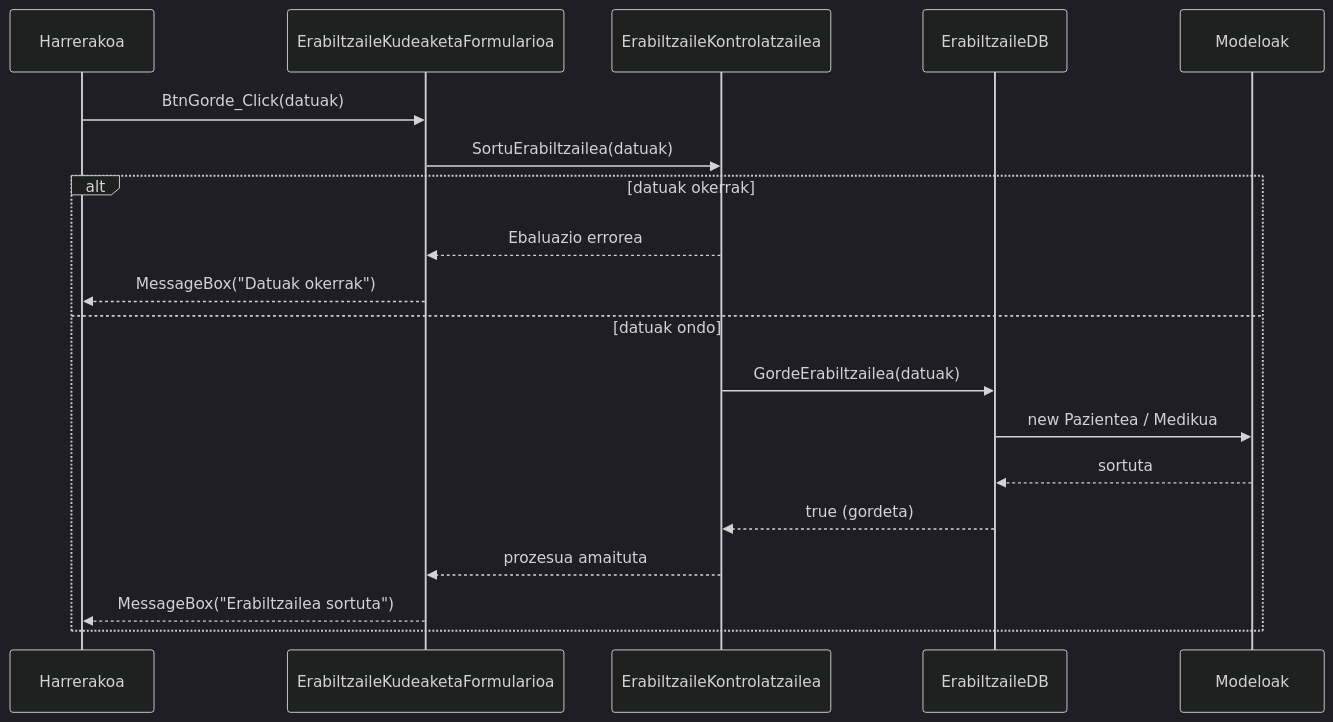
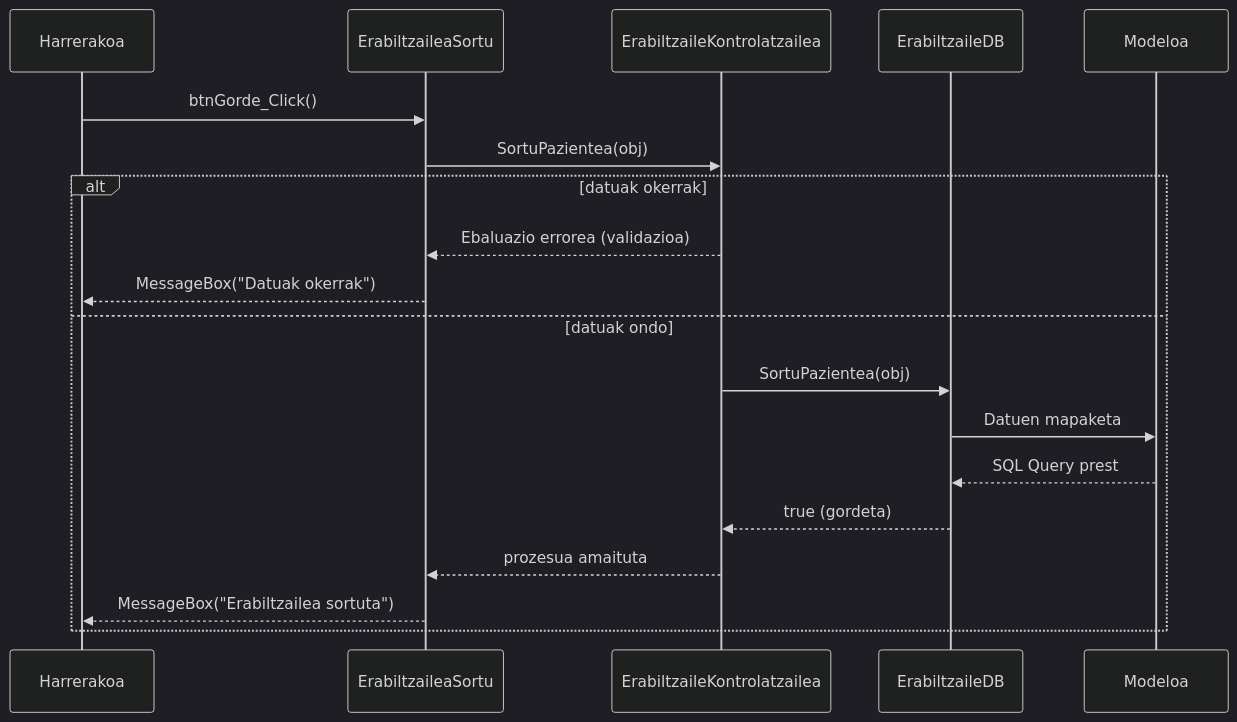
The diagram in sekuentzia_diagramak/2_erabiltzailea_sortu.md (AnderUrienGoierri/GOsasun_app), drawn with Mermaid (dark theme) before and after one commit. The commit also changed other lines of this file and 21 other files, not shown here.

Commit message:
Interfaze berriak (ErabiltzaileaSortu) eta Sekuentzia Diagramak eguneratu diren 3 geruzako arkitekturara

````diff
--- a/sekuentzia_diagramak/2_erabiltzailea_sortu.md
+++ b/sekuentzia_diagramak/2_erabiltzailea_sortu.md
@@ -26,23 +25,23 @@
 ```mermaid
 sequenceDiagram
     participant H as Harrerakoa
-    participant I as ErabiltzaileKudeaketaFormularioa
+    participant I as ErabiltzaileaSortu
     participant K as ErabiltzaileKontrolatzailea
     participant DB as ErabiltzaileDB
-    participant KL as Modeloak
+    participant KL as Modeloa
 
-    H->>I: BtnGorde_Click(datuak)
-    I->>K: SortuErabiltzailea(datuak)
+    H->>I: btnGorde_Click()
+    I->>K: SortuPazientea(obj)
     
     alt datuak okerrak
-        K-->>I: Ebaluazio errorea
+        K-->>I: Ebaluazio errorea (validazioa)
         I-->>H: MessageBox("Datuak okerrak")
     else datuak ondo
-        K->>DB: GordeErabiltzailea(datuak)
-        DB->>KL: new Pazientea / Medikua
-        KL-->>DB: sortuta
+        K->>DB: SortuPazientea(obj)
+        DB->>KL: Datuen mapaketa
+        KL-->>DB: SQL Query prest
         DB-->>K: true (gordeta)
         K-->>I: prozesua amaituta
         I-->>H: MessageBox("Erabiltzailea sortuta")
     end
 ```
````
